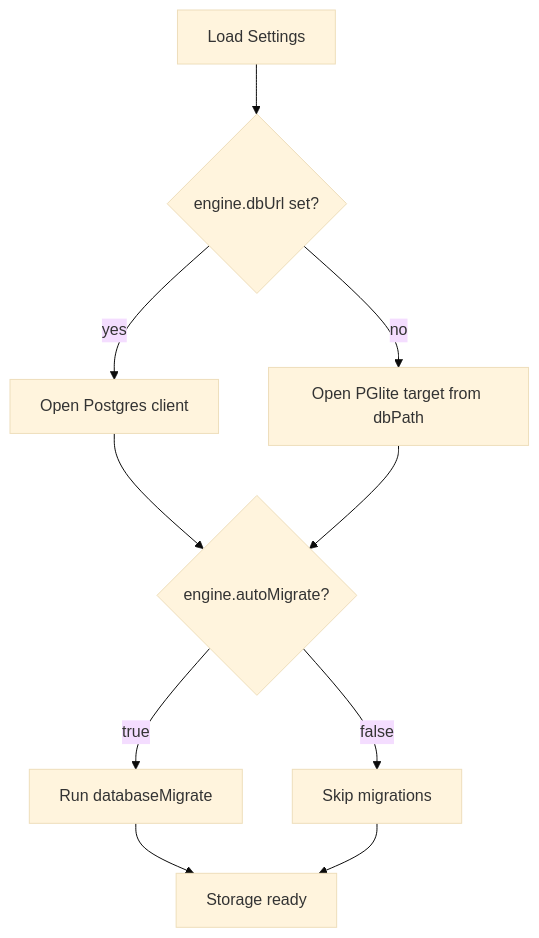
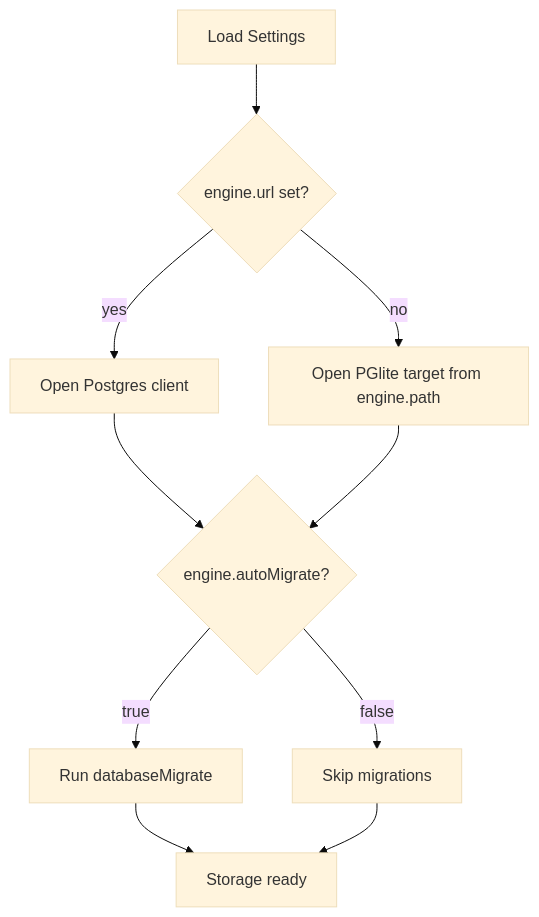
The diagram in doc/20260226-storage-postgres-settings.md (ex3ndr/daycare), drawn with Mermaid (base theme) before and after one commit. The commit also changed other lines of this file and 16 other files, not shown here.

Commit message:
refactor(config): rename engine db keys to path and url

````diff
--- a/doc/20260226-storage-postgres-settings.md
+++ b/doc/20260226-storage-postgres-settings.md
@@ -23,12 +23,12 @@
 ```mermaid
 flowchart TD
-    A[Load Settings] --> B{engine.dbUrl set?}
+    A[Load Settings] --> B{engine.url set?}
     B -- yes --> C[Open Postgres client]
-    B -- no --> D[Open PGlite target from dbPath]
+    B -- no --> D[Open PGlite target from engine.path]
     C --> E{engine.autoMigrate?}
     D --> E
     E -- true --> F[Run databaseMigrate]
     E -- false --> G[Skip migrations]
     F --> H[Storage ready]
     G --> H
 ```
````
